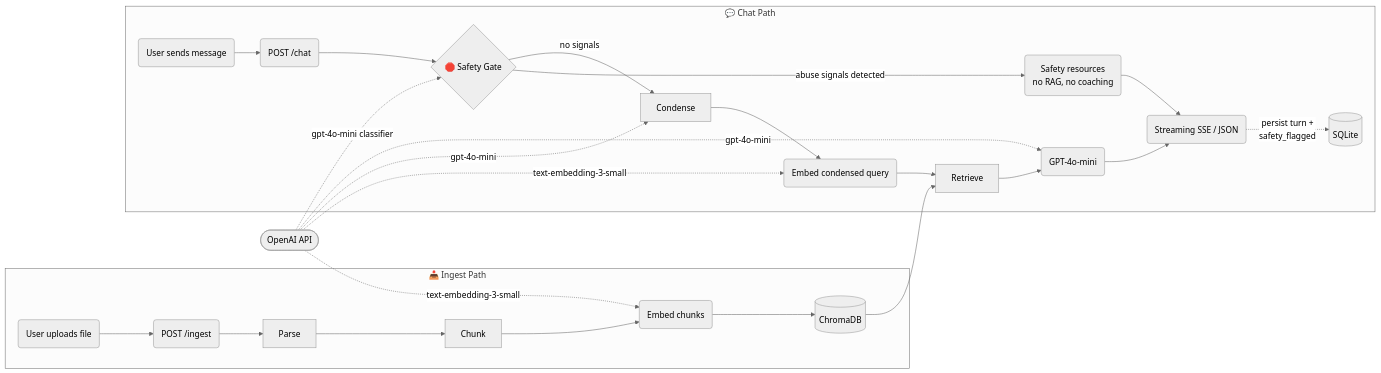
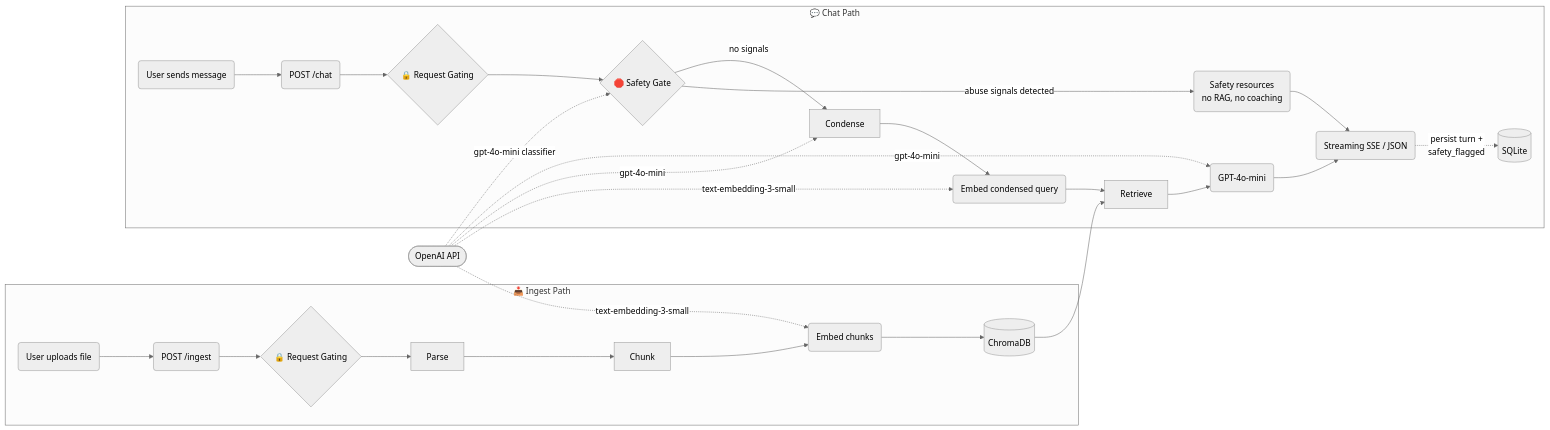
Before and after one commit to yil479/happy-wife-gpt: the first of 7 diagrams in docs/rag-architecture.md, drawn with Mermaid (neutral theme). The commit also changed other lines of this file, not shown here.

First line of the commit message:
Document request gating (auth, rate limiting, validation) in architecture doc

````diff
--- a/docs/rag-architecture.md
+++ b/docs/rag-architecture.md
@@ -9,30 +9,32 @@
 ```mermaid
 flowchart LR
     subgraph Ingest["📥 Ingest Path"]
         U1(User uploads file) --> API1(POST /ingest)
-        API1 --> Parse
+        API1 --> Gate1{🔒 Request Gating}
+        Gate1 --> Parse
         Parse --> Chunk
         Chunk --> Embed1(Embed chunks)
         Embed1 --> Store[(ChromaDB)]
     end
 
     subgraph Chat["💬 Chat Path"]
         U2(User sends message) --> API2(POST /chat)
-        API2 --> Safety{🛑 Safety Gate}
+        API2 --> Gate2{🔒 Request Gating}
+        Gate2 --> Safety{🛑 Safety Gate}
         Safety -->|abuse signals detected| SafetyResp(Safety resources<br/>no RAG, no coaching)
         Safety -->|no signals| Condense
         Condense --> Embed2(Embed condensed query)
         Embed2 --> Retrieve
         Store --> Retrieve
         Retrieve --> Generate(GPT-4o-mini)
         Generate --> Response(Streaming SSE / JSON)
         SafetyResp --> Response
         Response -.->|persist turn +<br/>safety_flagged| History[(SQLite)]
     end
 
     OpenAI([OpenAI API]) -.->|text-embedding-3-small| Embed1
     OpenAI -.->|text-embedding-3-small| Embed2
     OpenAI -.->|gpt-4o-mini| Condense
     OpenAI -.->|gpt-4o-mini| Generate
     OpenAI -.->|gpt-4o-mini classifier| Safety
 ```
````
